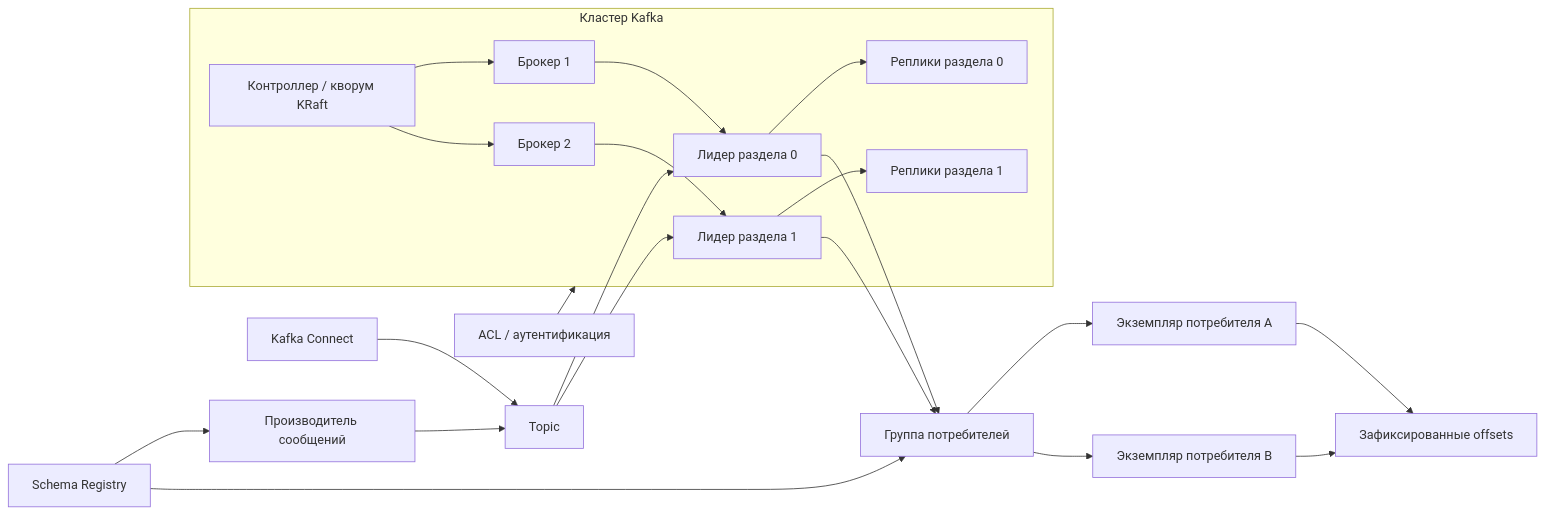
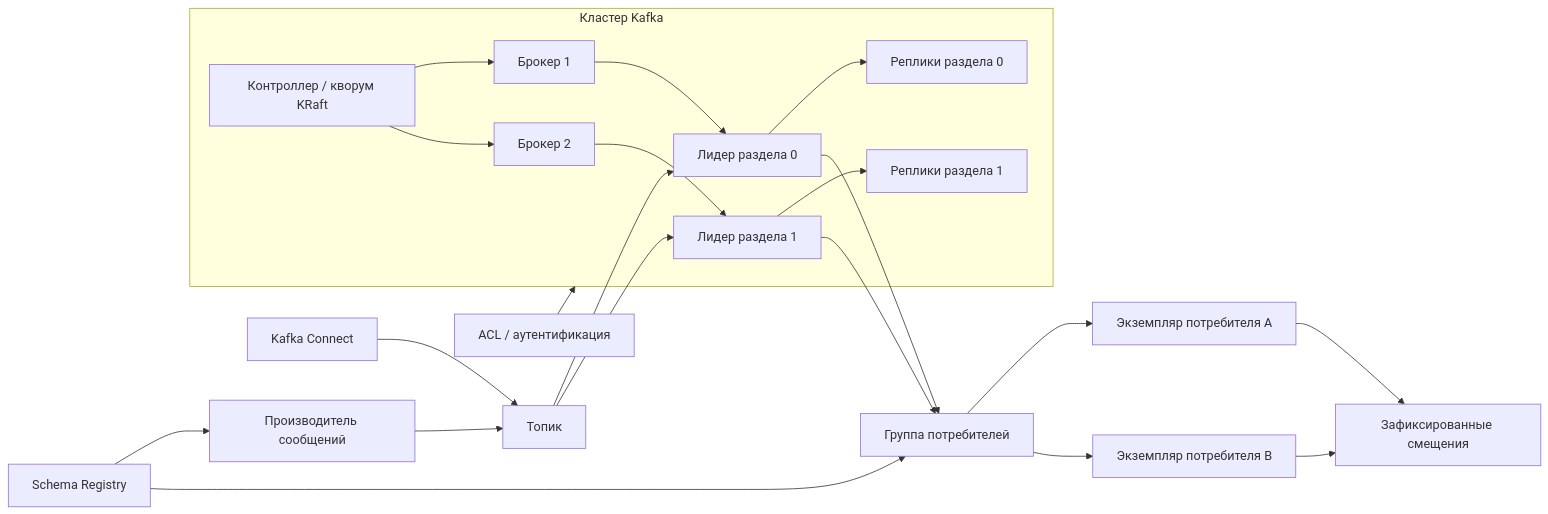
One commit to defrixx/defrixx.github.io changed diagram 16 of 17 in reference/infrastructure-technologies/infrastructure-technologies.ru.md. Above: the diagram before and after it, drawn with Mermaid. The commit also changed other lines of this file and 149 other files, not shown here.

````diff
--- a/reference/infrastructure-technologies/infrastructure-technologies.ru.md
+++ b/reference/infrastructure-technologies/infrastructure-technologies.ru.md
@@ -1086,27 +1349,27 @@
 ```mermaid
 flowchart LR
-  Producer["Производитель сообщений"] --> Topic["Topic"]
+  Producer["Производитель сообщений"] --> Topic["Топик"]
   Topic --> P0["Лидер раздела 0"]
   Topic --> P1["Лидер раздела 1"]
 
   subgraph KafkaCluster["Кластер Kafka"]
     Broker1["Брокер 1"] --> P0
     Broker2["Брокер 2"] --> P1
     P0 --> R0["Реплики раздела 0"]
     P1 --> R1["Реплики раздела 1"]
     Controller["Контроллер / кворум KRaft"] --> Broker1
     Controller --> Broker2
   end
 
   P0 --> CG["Группа потребителей"]
   P1 --> CG
   CG --> C1["Экземпляр потребителя A"]
   CG --> C2["Экземпляр потребителя B"]
-  C1 --> Offsets["Зафиксированные offsets"]
+  C1 --> Offsets["Зафиксированные смещения"]
   C2 --> Offsets
 
   Schema["Schema Registry"] --> Producer
   Schema --> CG
   Connect["Kafka Connect"] --> Topic
   ACL["ACL / аутентификация"] --> KafkaCluster
 ```
````
